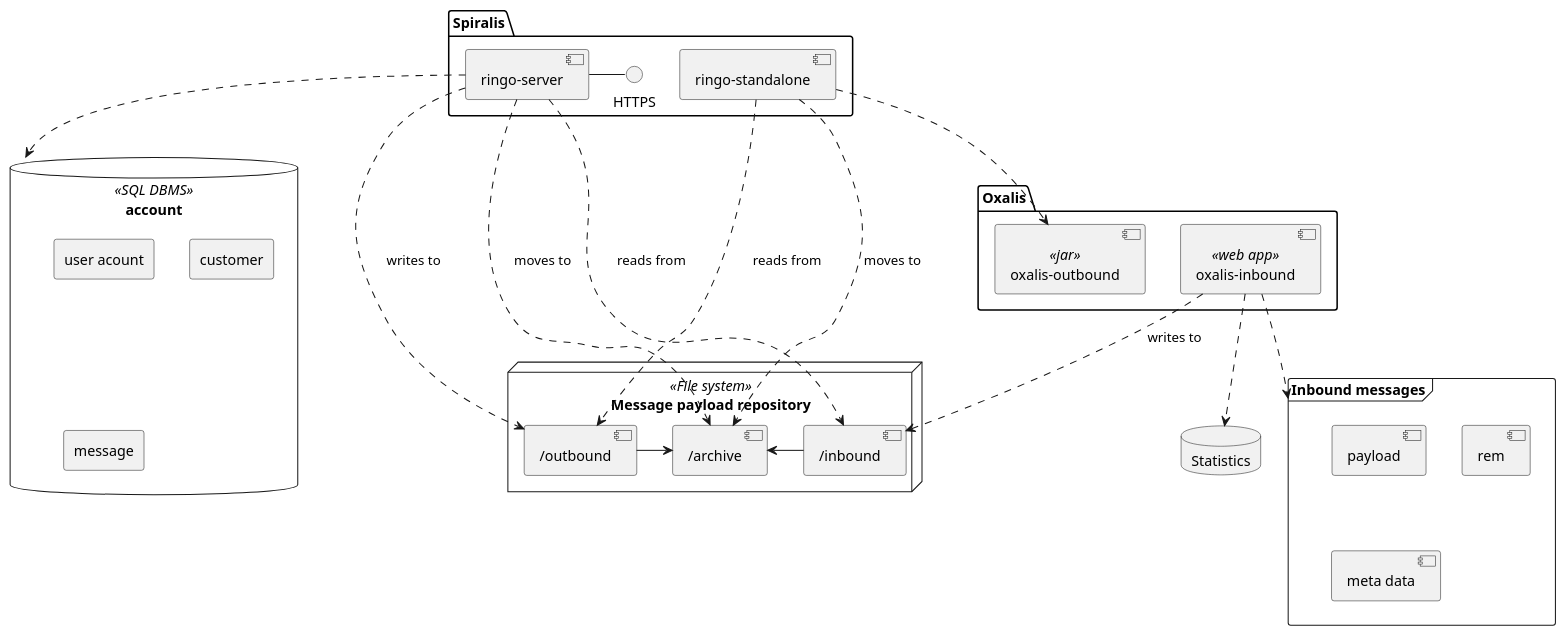
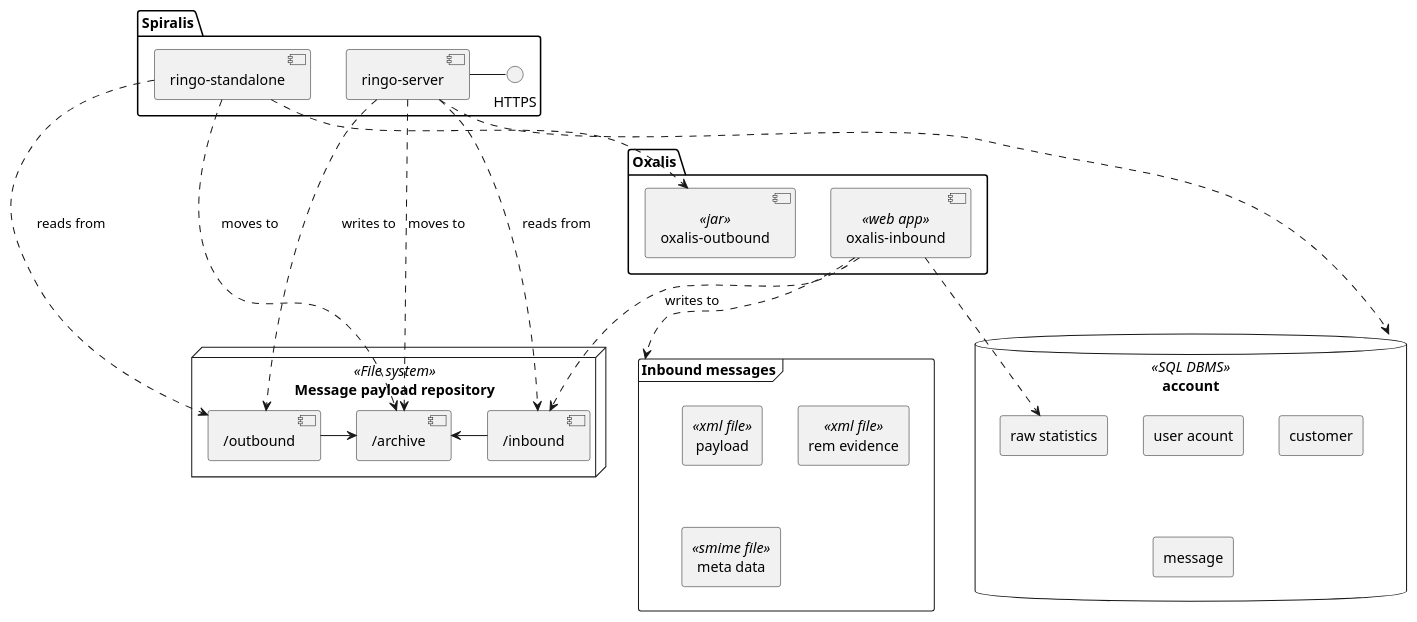
Before and after one commit to serxipc/vefa-srest: the diagram in doc/integration-with-oxalis.puml, drawn with PlantUML. The commit also changed 111 other files, not shown here.

```diff
--- a/doc/integration-with-oxalis.puml
+++ b/doc/integration-with-oxalis.puml
@@ -1,47 +1,47 @@
 @startuml
 
-database "Statistics" as odb
 database account <<SQL DBMS>> {
     rectangle "user acount"
     rectangle "customer"
     rectangle message
+    rectangle "raw statistics" as odb
 }
 
 node "Message payload repository" as r <<File system>> {
     component "/inbound" as inbound
     component "/outbound" as outbound
     component "/archive" as archive
     inbound -> archive
     outbound -> archive
 }
 
 package "Spiralis" {
     component "ringo-server" as rs
     rs - HTTPS
     rs ..> account
 
     component "ringo-standalone" as s
     s ..> outbound : reads from
     s ..> archive  : moves to
 
     rs ..> inbound : reads from
     rs ..> outbound : writes to
     rs ..> archive : moves to
 }
 
 package "Oxalis" {
     component "oxalis-inbound" as oxalis_inbound <<web app>>
     component "oxalis-outbound" as ob <<jar>>
     s ..> ob
     oxalis_inbound ..> odb
 
 }
     frame "Inbound messages" as mr {
-        [payload]
-        [rem]
-        [meta data]
+        rectangle payload <<xml file>>
+        rectangle "rem evidence" <<xml file>>
+        rectangle "meta data" <<smime file>>
     }
 
 oxalis_inbound ..> mr
 oxalis_inbound ..> inbound : writes to
 @enduml
```
